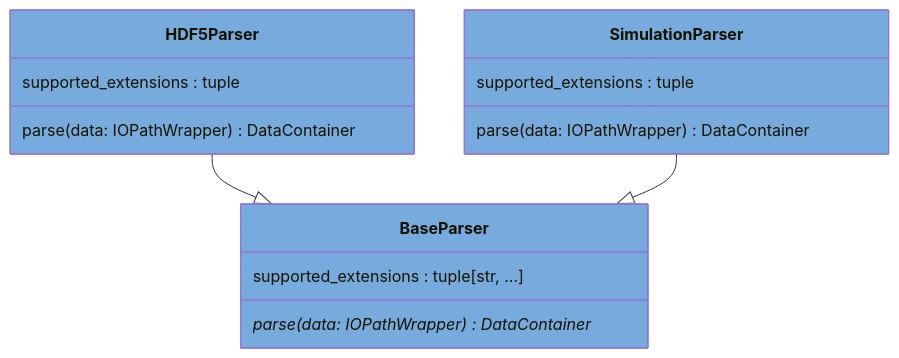
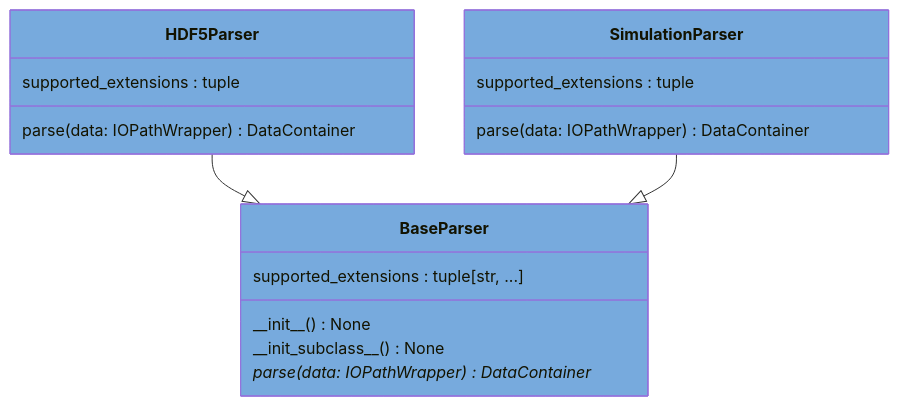
Before and after one commit to voidsy-gmbh/pyThermoNDT: the diagram in docs/pyreverse/mermaid/classes_pythermondt.io.parsers.mmd, drawn with Mermaid. The commit also changed 3 other files, not shown here.

Commit message:
Update mermaid diagrams

```diff
--- a/docs/pyreverse/mermaid/classes_pythermondt.io.parsers.mmd
+++ b/docs/pyreverse/mermaid/classes_pythermondt.io.parsers.mmd
@@ -1,18 +1,20 @@
 classDiagram
   class BaseParser {
     supported_extensions : tuple[str, ...]
+    \_\_init\_\_() None
+    \_\_init_subclass\_\_() None
     parse(data: IOPathWrapper)* DataContainer
   }
   style BaseParser fill:#77AADD
   class HDF5Parser {
     supported_extensions : tuple
     parse(data: IOPathWrapper) DataContainer
   }
   style HDF5Parser fill:#77AADD
   class SimulationParser {
     supported_extensions : tuple
     parse(data: IOPathWrapper) DataContainer
   }
   style SimulationParser fill:#77AADD
   HDF5Parser --|> BaseParser
   SimulationParser --|> BaseParser
```
